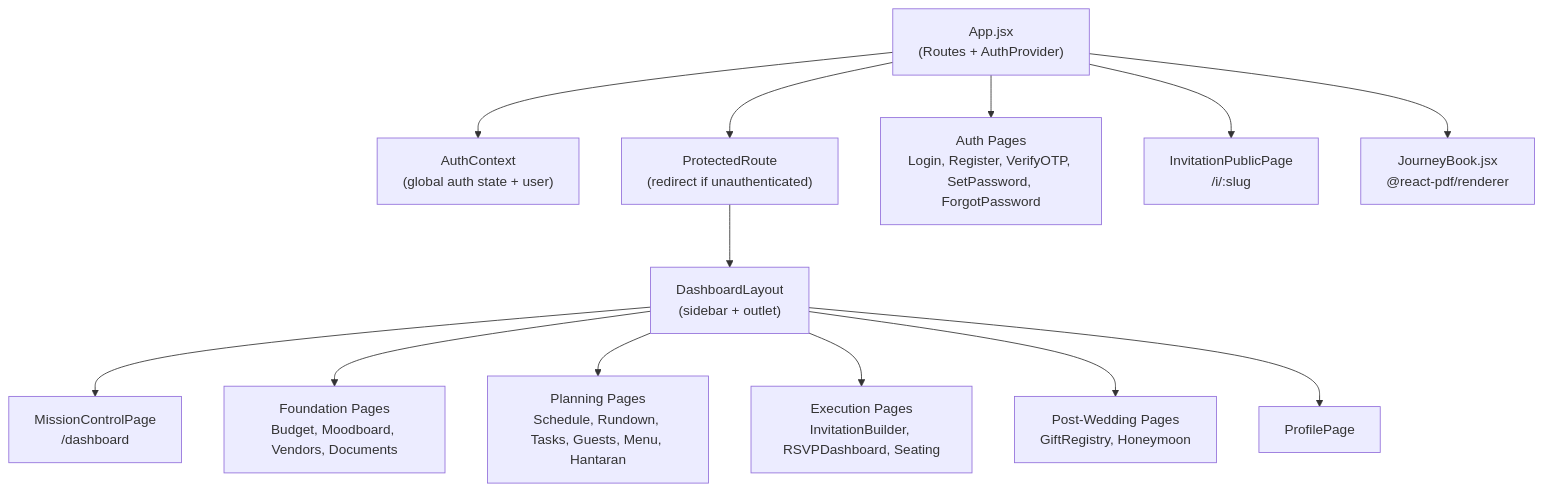
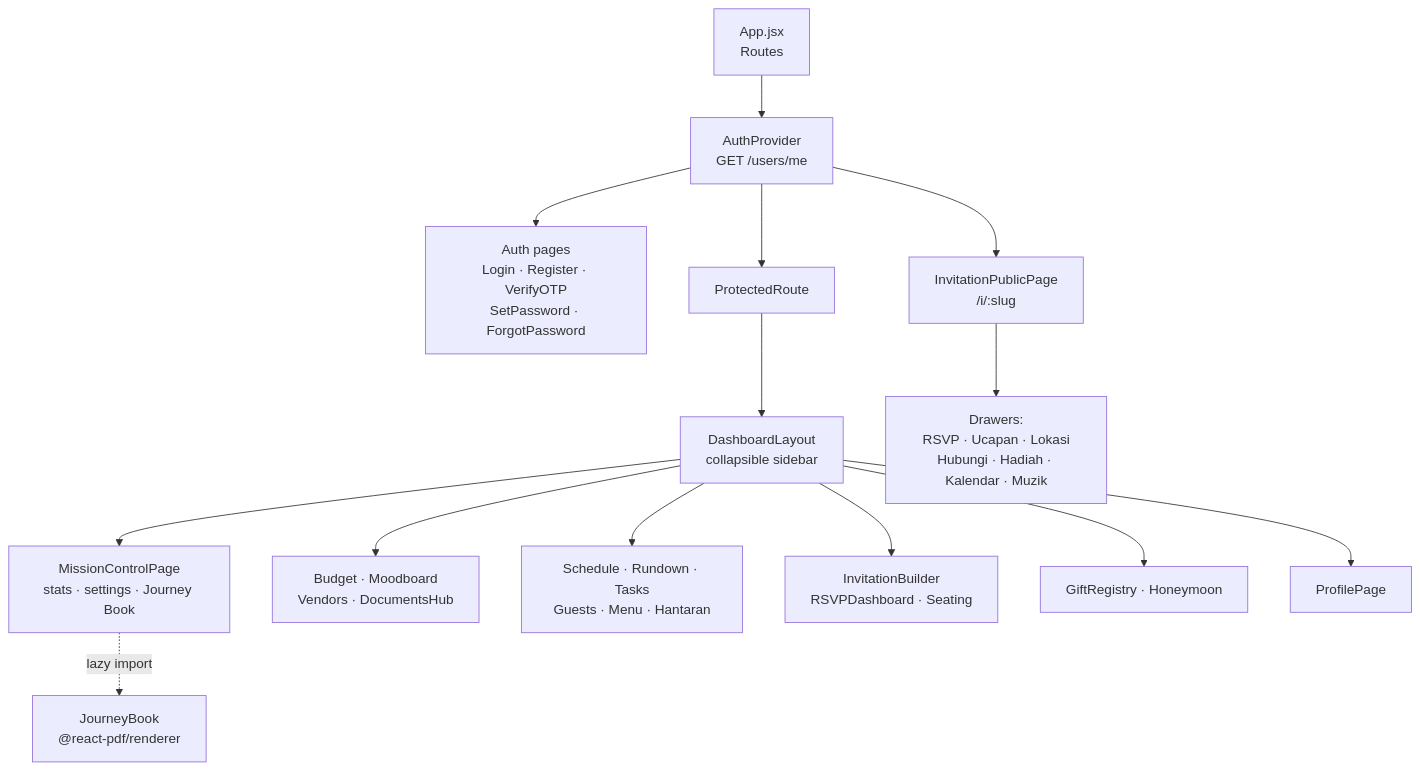
Diagram 13 of 17 in portfolio-react/public/docs/planluhh.md (snsyaqirah/snsyaqirah.github.io), drawn with Mermaid before and after one commit. The commit also changed other lines of this file and 101 other files, not shown here.

````diff
--- a/portfolio-react/public/docs/planluhh.md
+++ b/portfolio-react/public/docs/planluhh.md
@@ -522,16 +534,16 @@
 ```mermaid
 graph TD
-    App["App.jsx\n(Routes + AuthProvider)"]
-    App --> Auth["AuthContext\n(global auth state + user)"]
-    App --> PR["ProtectedRoute\n(redirect if unauthenticated)"]
-    PR --> Layout["DashboardLayout\n(sidebar + outlet)"]
-    Layout --> Dash["MissionControlPage\n/dashboard"]
-    Layout --> Foundation["Foundation Pages\nBudget, Moodboard, Vendors, Documents"]
-    Layout --> Planning["Planning Pages\nSchedule, Rundown, Tasks, Guests, Menu, Hantaran"]
-    Layout --> Execution["Execution Pages\nInvitationBuilder, RSVPDashboard, Seating"]
-    Layout --> PostWed["Post-Wedding Pages\nGiftRegistry, Honeymoon"]
-    Layout --> Profile["ProfilePage"]
-    App --> AuthPages["Auth Pages\nLogin, Register, VerifyOTP, SetPassword, ForgotPassword"]
-    App --> InvPub["InvitationPublicPage\n/i/:slug"]
-    App --> PDF["JourneyBook.jsx\n@react-pdf/renderer"]
+    App["App.jsx<br/>Routes"] --> AP["AuthProvider<br/>GET /users/me"]
+    AP --> AuthPages["Auth pages<br/>Login · Register · VerifyOTP<br/>SetPassword · ForgotPassword"]
+    AP --> Pub["InvitationPublicPage<br/>/i/:slug"]
+    AP --> PR[ProtectedRoute]
+    PR --> L["DashboardLayout<br/>collapsible sidebar"]
+    L --> MC["MissionControlPage<br/>stats · settings · Journey Book"]
+    L --> F["Budget · Moodboard<br/>Vendors · DocumentsHub"]
+    L --> PL["Schedule · Rundown · Tasks<br/>Guests · Menu · Hantaran"]
+    L --> EX["InvitationBuilder<br/>RSVPDashboard · Seating"]
+    L --> PW["GiftRegistry · Honeymoon"]
+    L --> PF[ProfilePage]
+    MC -.lazy import.-> JB["JourneyBook<br/>@react-pdf/renderer"]
+    Pub --> DR["Drawers:<br/>RSVP · Ucapan · Lokasi<br/>Hubungi · Hadiah · Kalendar · Muzik"]
 ```
````
